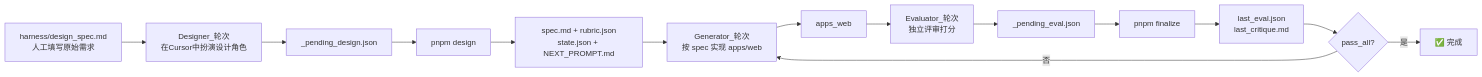
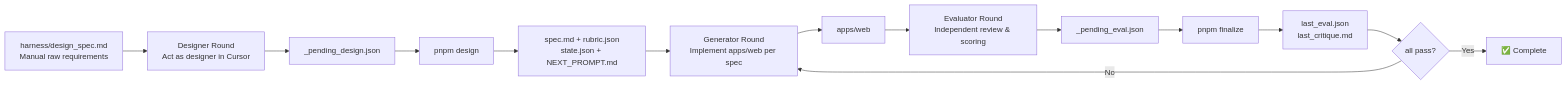
The diagram in README.md (yy9331/harness-demo), drawn with Mermaid before and after one commit. The commit also changed other lines of this file and 1 other file, not shown here.

````diff
--- a/README.md
+++ b/README.md
@@ -55,16 +57,16 @@
 ```mermaid
 flowchart LR
-  A[harness/design_spec.md<br/>人工填写原始需求] --> D[Designer_轮次<br/>在Cursor中扮演设计角色]
+  A[harness/design_spec.md<br/>Manual raw requirements] --> D[Designer Round<br/>Act as designer in Cursor]
   D --> PendingD[_pending_design.json]
   PendingD --> Des[pnpm design]
   Des --> Spec[spec.md + rubric.json<br/>state.json + NEXT_PROMPT.md]
-  Spec --> G[Generator_轮次<br/>按 spec 实现 apps/web]
-  G --> Web[apps_web]
-  Web --> E[Evaluator_轮次<br/>独立评审打分]
+  Spec --> G[Generator Round<br/>Implement apps/web per spec]
+  G --> Web[apps/web]
+  Web --> E[Evaluator Round<br/>Independent review & scoring]
   E --> PendingE[_pending_eval.json]
   PendingE --> Fin[pnpm finalize]
   Fin --> Files[last_eval.json<br/>last_critique.md]
-  Files --> pass{pass_all?}
-  pass -->|否| G
-  pass -->|是| Done[✅ 完成]
+  Files --> pass{all pass?}
+  pass -->|No| G
+  pass -->|Yes| Done[✅ Complete]
 ```
````
